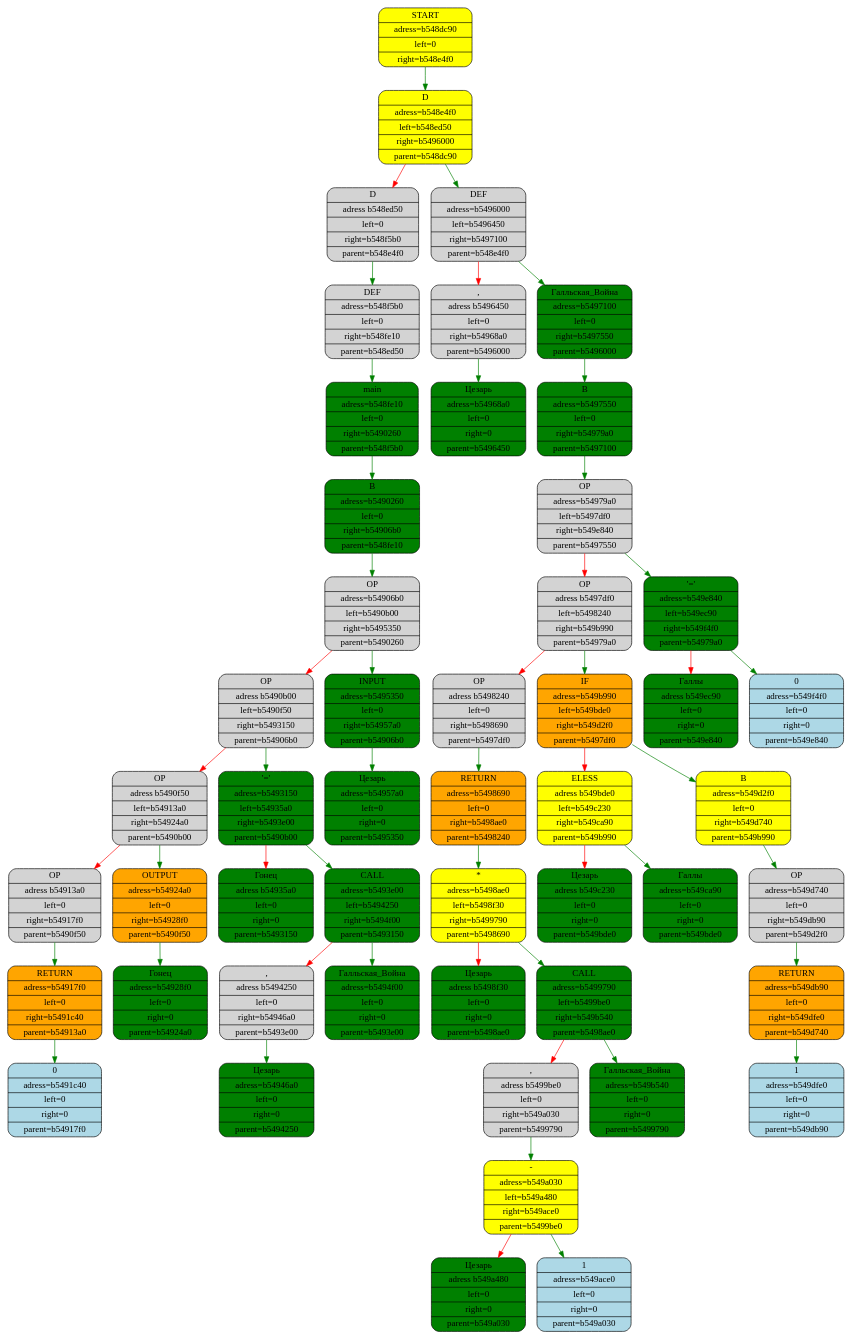
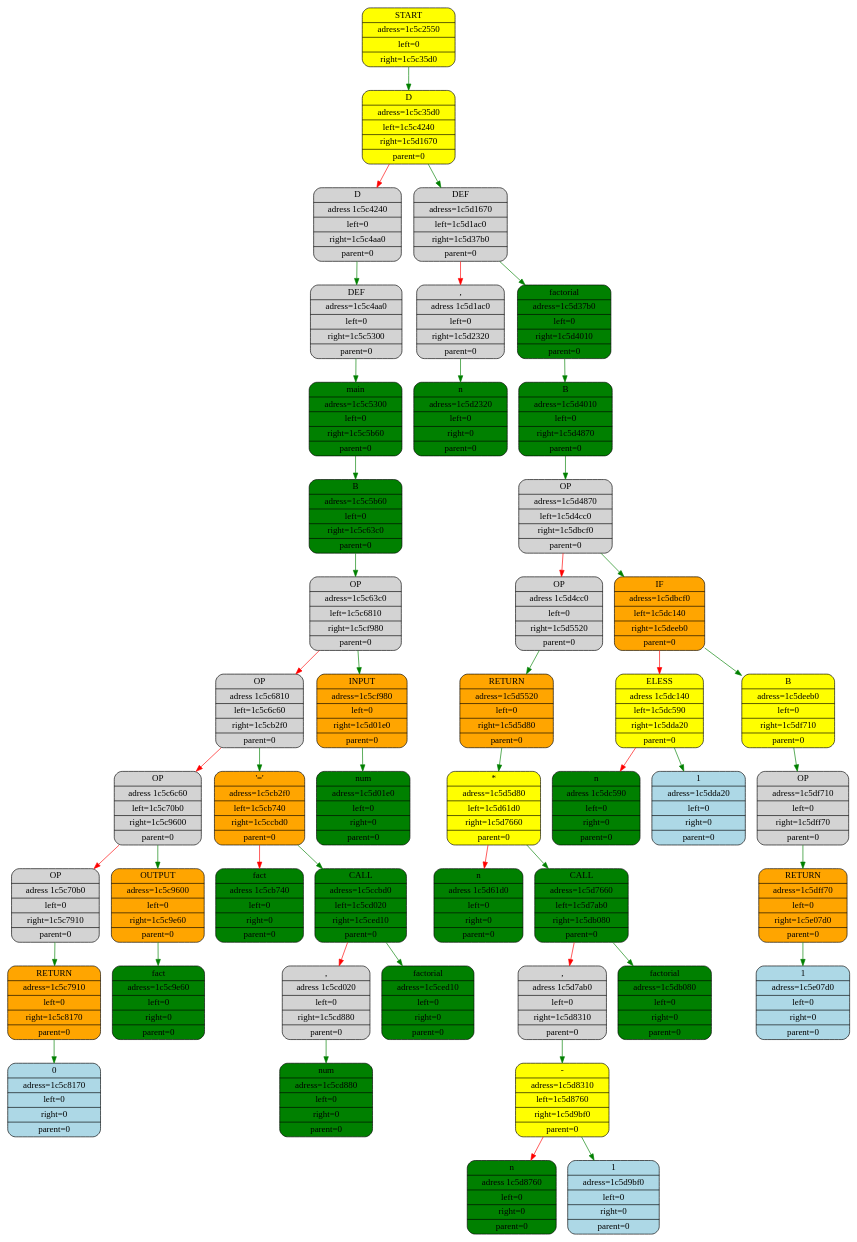
One commit to kostya2709/New_Roman changed the diagram in equation_dump.gv. Above: the diagram before and after it, drawn with Graphviz. The commit also changed 23 other files, not shown here.

```diff
--- a/equation_dump.gv
+++ b/equation_dump.gv
@@ -1,102 +1,94 @@
 digraph First{
 node [shape="Mrecord", style="filled", fillcolor="lightblue"];
-"boxb548dc90" [fillcolor = "yellow",label="{START|adress=b548dc90|left=0|right=b548e4f0}"];
-"boxb548e4f0" [fillcolor="yellow",label="{D|adress=b548e4f0|left=b548ed50|right=b5496000|parent=b548dc90}"];
-"boxb548dc90" -> "boxb548e4f0"[color="green"];
-"boxb548ed50" [fillcolor="",label="{D|adress b548ed50|left=0|right=b548f5b0|parent=b548e4f0}"];
-"boxb548e4f0" -> "boxb548ed50"[color="red"];
-"boxb548f5b0" [fillcolor="",label="{DEF|adress=b548f5b0|left=0|right=b548fe10|parent=b548ed50}"];
-"boxb548ed50" -> "boxb548f5b0"[color="green"];
-"boxb548fe10" [fillcolor="green",label="{main|adress=b548fe10|left=0|right=b5490260|parent=b548f5b0}"];
-"boxb548f5b0" -> "boxb548fe10"[color="green"];
-"boxb5490260" [fillcolor="green",label="{B|adress=b5490260|left=0|right=b54906b0|parent=b548fe10}"];
-"boxb548fe10" -> "boxb5490260"[color="green"];
-"boxb54906b0" [fillcolor="",label="{OP|adress=b54906b0|left=b5490b00|right=b5495350|parent=b5490260}"];
-"boxb5490260" -> "boxb54906b0"[color="green"];
-"boxb5490b00" [fillcolor="",label="{OP|adress b5490b00|left=b5490f50|right=b5493150|parent=b54906b0}"];
-"boxb54906b0" -> "boxb5490b00"[color="red"];
-"boxb5490f50" [fillcolor="",label="{OP|adress b5490f50|left=b54913a0|right=b54924a0|parent=b5490b00}"];
-"boxb5490b00" -> "boxb5490f50"[color="red"];
-"boxb54913a0" [fillcolor="",label="{OP|adress b54913a0|left=0|right=b54917f0|parent=b5490f50}"];
-"boxb5490f50" -> "boxb54913a0"[color="red"];
-"boxb54917f0" [fillcolor="orange",label="{RETURN|adress=b54917f0|left=0|right=b5491c40|parent=b54913a0}"];
-"boxb54913a0" -> "boxb54917f0"[color="green"];
-"boxb5491c40" [label="{0|adress=b5491c40|left=0|right=0|parent=b54917f0}"];
-"boxb54917f0" -> "boxb5491c40"[color="green"];
-"boxb54924a0" [fillcolor="orange",label="{OUTPUT|adress=b54924a0|left=0|right=b54928f0|parent=b5490f50}"];
-"boxb5490f50" -> "boxb54924a0"[color="green"];
-"boxb54928f0" [fillcolor="green",label="{Гонец|adress=b54928f0|left=0|right=0|parent=b54924a0}"];
-"boxb54924a0" -> "boxb54928f0"[color="green"];
-"boxb5493150" [fillcolor="green",label="{'='|adress=b5493150|left=b54935a0|right=b5493e00|parent=b5490b00}"];
-"boxb5490b00" -> "boxb5493150"[color="green"];
-"boxb54935a0" [fillcolor="green",label="{Гонец|adress b54935a0|left=0|right=0|parent=b5493150}"];
-"boxb5493150" -> "boxb54935a0"[color="red"];
-"boxb5493e00" [fillcolor="green",label="{CALL|adress=b5493e00|left=b5494250|right=b5494f00|parent=b5493150}"];
-"boxb5493150" -> "boxb5493e00"[color="green"];
-"boxb5494250" [fillcolor="",label="{,|adress b5494250|left=0|right=b54946a0|parent=b5493e00}"];
-"boxb5493e00" -> "boxb5494250"[color="red"];
-"boxb54946a0" [fillcolor="green",label="{Цезарь|adress=b54946a0|left=0|right=0|parent=b5494250}"];
-"boxb5494250" -> "boxb54946a0"[color="green"];
-"boxb5494f00" [fillcolor="green",label="{Галльская_Война|adress=b5494f00|left=0|right=0|parent=b5493e00}"];
-"boxb5493e00" -> "boxb5494f00"[color="green"];
-"boxb5495350" [fillcolor="green",label="{INPUT|adress=b5495350|left=0|right=b54957a0|parent=b54906b0}"];
-"boxb54906b0" -> "boxb5495350"[color="green"];
-"boxb54957a0" [fillcolor="green",label="{Цезарь|adress=b54957a0|left=0|right=0|parent=b5495350}"];
-"boxb5495350" -> "boxb54957a0"[color="green"];
-"boxb5496000" [fillcolor="",label="{DEF|adress=b5496000|left=b5496450|right=b5497100|parent=b548e4f0}"];
-"boxb548e4f0" -> "boxb5496000"[color="green"];
-"boxb5496450" [fillcolor="",label="{,|adress b5496450|left=0|right=b54968a0|parent=b5496000}"];
-"boxb5496000" -> "boxb5496450"[color="red"];
-"boxb54968a0" [fillcolor="green",label="{Цезарь|adress=b54968a0|left=0|right=0|parent=b5496450}"];
-"boxb5496450" -> "boxb54968a0"[color="green"];
-"boxb5497100" [fillcolor="green",label="{Галльская_Война|adress=b5497100|left=0|right=b5497550|parent=b5496000}"];
-"boxb5496000" -> "boxb5497100"[color="green"];
-"boxb5497550" [fillcolor="green",label="{B|adress=b5497550|left=0|right=b54979a0|parent=b5497100}"];
-"boxb5497100" -> "boxb5497550"[color="green"];
-"boxb54979a0" [fillcolor="",label="{OP|adress=b54979a0|left=b5497df0|right=b549e840|parent=b5497550}"];
-"boxb5497550" -> "boxb54979a0"[color="green"];
-"boxb5497df0" [fillcolor="",label="{OP|adress b5497df0|left=b5498240|right=b549b990|parent=b54979a0}"];
-"boxb54979a0" -> "boxb5497df0"[color="red"];
-"boxb5498240" [fillcolor="",label="{OP|adress b5498240|left=0|right=b5498690|parent=b5497df0}"];
-"boxb5497df0" -> "boxb5498240"[color="red"];
-"boxb5498690" [fillcolor="orange",label="{RETURN|adress=b5498690|left=0|right=b5498ae0|parent=b5498240}"];
-"boxb5498240" -> "boxb5498690"[color="green"];
-"boxb5498ae0" [fillcolor="yellow",label="{*|adress=b5498ae0|left=b5498f30|right=b5499790|parent=b5498690}"];
-"boxb5498690" -> "boxb5498ae0"[color="green"];
-"boxb5498f30" [fillcolor="green",label="{Цезарь|adress b5498f30|left=0|right=0|parent=b5498ae0}"];
-"boxb5498ae0" -> "boxb5498f30"[color="red"];
-"boxb5499790" [fillcolor="green",label="{CALL|adress=b5499790|left=b5499be0|right=b549b540|parent=b5498ae0}"];
-"boxb5498ae0" -> "boxb5499790"[color="green"];
-"boxb5499be0" [fillcolor="",label="{,|adress b5499be0|left=0|right=b549a030|parent=b5499790}"];
-"boxb5499790" -> "boxb5499be0"[color="red"];
-"boxb549a030" [fillcolor="yellow",label="{-|adress=b549a030|left=b549a480|right=b549ace0|parent=b5499be0}"];
-"boxb5499be0" -> "boxb549a030"[color="green"];
-"boxb549a480" [fillcolor="green",label="{Цезарь|adress b549a480|left=0|right=0|parent=b549a030}"];
-"boxb549a030" -> "boxb549a480"[color="red"];
-"boxb549ace0" [label="{1|adress=b549ace0|left=0|right=0|parent=b549a030}"];
-"boxb549a030" -> "boxb549ace0"[color="green"];
-"boxb549b540" [fillcolor="green",label="{Галльская_Война|adress=b549b540|left=0|right=0|parent=b5499790}"];
-"boxb5499790" -> "boxb549b540"[color="green"];
-"boxb549b990" [fillcolor="orange",label="{IF|adress=b549b990|left=b549bde0|right=b549d2f0|parent=b5497df0}"];
-"boxb5497df0" -> "boxb549b990"[color="green"];
-"boxb549bde0" [fillcolor="yellow",label="{ELESS|adress b549bde0|left=b549c230|right=b549ca90|parent=b549b990}"];
-"boxb549b990" -> "boxb549bde0"[color="red"];
-"boxb549c230" [fillcolor="green",label="{Цезарь|adress b549c230|left=0|right=0|parent=b549bde0}"];
-"boxb549bde0" -> "boxb549c230"[color="red"];
-"boxb549ca90" [fillcolor="green",label="{Галлы|adress=b549ca90|left=0|right=0|parent=b549bde0}"];
-"boxb549bde0" -> "boxb549ca90"[color="green"];
-"boxb549d2f0" [fillcolor="yellow",label="{B|adress=b549d2f0|left=0|right=b549d740|parent=b549b990}"];
-"boxb549b990" -> "boxb549d2f0"[color="green"];
-"boxb549d740" [fillcolor="",label="{OP|adress=b549d740|left=0|right=b549db90|parent=b549d2f0}"];
-"boxb549d2f0" -> "boxb549d740"[color="green"];
-"boxb549db90" [fillcolor="orange",label="{RETURN|adress=b549db90|left=0|right=b549dfe0|parent=b549d740}"];
-"boxb549d740" -> "boxb549db90"[color="green"];
-"boxb549dfe0" [label="{1|adress=b549dfe0|left=0|right=0|parent=b549db90}"];
-"boxb549db90" -> "boxb549dfe0"[color="green"];
-"boxb549e840" [fillcolor="green",label="{'='|adress=b549e840|left=b549ec90|right=b549f4f0|parent=b54979a0}"];
-"boxb54979a0" -> "boxb549e840"[color="green"];
-"boxb549ec90" [fillcolor="green",label="{Галлы|adress b549ec90|left=0|right=0|parent=b549e840}"];
-"boxb549e840" -> "boxb549ec90"[color="red"];
-"boxb549f4f0" [label="{0|adress=b549f4f0|left=0|right=0|parent=b549e840}"];
-"boxb549e840" -> "boxb549f4f0"[color="green"];
+"box1c5c2550" [fillcolor = "yellow",label="{START|adress=1c5c2550|left=0|right=1c5c35d0}"];
+"box1c5c35d0" [fillcolor="yellow",label="{D|adress=1c5c35d0|left=1c5c4240|right=1c5d1670|parent=0}"];
+"box1c5c2550" -> "box1c5c35d0"[color="green"];
+"box1c5c4240" [fillcolor="",label="{D|adress 1c5c4240|left=0|right=1c5c4aa0|parent=0}"];
+"box1c5c35d0" -> "box1c5c4240"[color="red"];
+"box1c5c4aa0" [fillcolor="",label="{DEF|adress=1c5c4aa0|left=0|right=1c5c5300|parent=0}"];
+"box1c5c4240" -> "box1c5c4aa0"[color="green"];
+"box1c5c5300" [fillcolor="green",label="{main|adress=1c5c5300|left=0|right=1c5c5b60|parent=0}"];
+"box1c5c4aa0" -> "box1c5c5300"[color="green"];
+"box1c5c5b60" [fillcolor="green",label="{B|adress=1c5c5b60|left=0|right=1c5c63c0|parent=0}"];
+"box1c5c5300" -> "box1c5c5b60"[color="green"];
+"box1c5c63c0" [fillcolor="",label="{OP|adress=1c5c63c0|left=1c5c6810|right=1c5cf980|parent=0}"];
+"box1c5c5b60" -> "box1c5c63c0"[color="green"];
+"box1c5c6810" [fillcolor="",label="{OP|adress 1c5c6810|left=1c5c6c60|right=1c5cb2f0|parent=0}"];
+"box1c5c63c0" -> "box1c5c6810"[color="red"];
+"box1c5c6c60" [fillcolor="",label="{OP|adress 1c5c6c60|left=1c5c70b0|right=1c5c9600|parent=0}"];
+"box1c5c6810" -> "box1c5c6c60"[color="red"];
+"box1c5c70b0" [fillcolor="",label="{OP|adress 1c5c70b0|left=0|right=1c5c7910|parent=0}"];
+"box1c5c6c60" -> "box1c5c70b0"[color="red"];
+"box1c5c7910" [fillcolor="orange",label="{RETURN|adress=1c5c7910|left=0|right=1c5c8170|parent=0}"];
+"box1c5c70b0" -> "box1c5c7910"[color="green"];
+"box1c5c8170" [label="{0|adress=1c5c8170|left=0|right=0|parent=0}"];
+"box1c5c7910" -> "box1c5c8170"[color="green"];
+"box1c5c9600" [fillcolor="orange",label="{OUTPUT|adress=1c5c9600|left=0|right=1c5c9e60|parent=0}"];
+"box1c5c6c60" -> "box1c5c9600"[color="green"];
+"box1c5c9e60" [fillcolor="green",label="{fact|adress=1c5c9e60|left=0|right=0|parent=0}"];
+"box1c5c9600" -> "box1c5c9e60"[color="green"];
+"box1c5cb2f0" [fillcolor="orange",label="{'='|adress=1c5cb2f0|left=1c5cb740|right=1c5ccbd0|parent=0}"];
+"box1c5c6810" -> "box1c5cb2f0"[color="green"];
+"box1c5cb740" [fillcolor="green",label="{fact|adress 1c5cb740|left=0|right=0|parent=0}"];
+"box1c5cb2f0" -> "box1c5cb740"[color="red"];
+"box1c5ccbd0" [fillcolor="green",label="{CALL|adress=1c5ccbd0|left=1c5cd020|right=1c5ced10|parent=0}"];
+"box1c5cb2f0" -> "box1c5ccbd0"[color="green"];
+"box1c5cd020" [fillcolor="",label="{,|adress 1c5cd020|left=0|right=1c5cd880|parent=0}"];
+"box1c5ccbd0" -> "box1c5cd020"[color="red"];
+"box1c5cd880" [fillcolor="green",label="{num|adress=1c5cd880|left=0|right=0|parent=0}"];
+"box1c5cd020" -> "box1c5cd880"[color="green"];
+"box1c5ced10" [fillcolor="green",label="{factorial|adress=1c5ced10|left=0|right=0|parent=0}"];
+"box1c5ccbd0" -> "box1c5ced10"[color="green"];
+"box1c5cf980" [fillcolor="orange",label="{INPUT|adress=1c5cf980|left=0|right=1c5d01e0|parent=0}"];
+"box1c5c63c0" -> "box1c5cf980"[color="green"];
+"box1c5d01e0" [fillcolor="green",label="{num|adress=1c5d01e0|left=0|right=0|parent=0}"];
+"box1c5cf980" -> "box1c5d01e0"[color="green"];
+"box1c5d1670" [fillcolor="",label="{DEF|adress=1c5d1670|left=1c5d1ac0|right=1c5d37b0|parent=0}"];
+"box1c5c35d0" -> "box1c5d1670"[color="green"];
+"box1c5d1ac0" [fillcolor="",label="{,|adress 1c5d1ac0|left=0|right=1c5d2320|parent=0}"];
+"box1c5d1670" -> "box1c5d1ac0"[color="red"];
+"box1c5d2320" [fillcolor="green",label="{n|adress=1c5d2320|left=0|right=0|parent=0}"];
+"box1c5d1ac0" -> "box1c5d2320"[color="green"];
+"box1c5d37b0" [fillcolor="green",label="{factorial|adress=1c5d37b0|left=0|right=1c5d4010|parent=0}"];
+"box1c5d1670" -> "box1c5d37b0"[color="green"];
+"box1c5d4010" [fillcolor="green",label="{B|adress=1c5d4010|left=0|right=1c5d4870|parent=0}"];
+"box1c5d37b0" -> "box1c5d4010"[color="green"];
+"box1c5d4870" [fillcolor="",label="{OP|adress=1c5d4870|left=1c5d4cc0|right=1c5dbcf0|parent=0}"];
+"box1c5d4010" -> "box1c5d4870"[color="green"];
+"box1c5d4cc0" [fillcolor="",label="{OP|adress 1c5d4cc0|left=0|right=1c5d5520|parent=0}"];
+"box1c5d4870" -> "box1c5d4cc0"[color="red"];
+"box1c5d5520" [fillcolor="orange",label="{RETURN|adress=1c5d5520|left=0|right=1c5d5d80|parent=0}"];
+"box1c5d4cc0" -> "box1c5d5520"[color="green"];
+"box1c5d5d80" [fillcolor="yellow",label="{*|adress=1c5d5d80|left=1c5d61d0|right=1c5d7660|parent=0}"];
+"box1c5d5520" -> "box1c5d5d80"[color="green"];
+"box1c5d61d0" [fillcolor="green",label="{n|adress 1c5d61d0|left=0|right=0|parent=0}"];
+"box1c5d5d80" -> "box1c5d61d0"[color="red"];
+"box1c5d7660" [fillcolor="green",label="{CALL|adress=1c5d7660|left=1c5d7ab0|right=1c5db080|parent=0}"];
+"box1c5d5d80" -> "box1c5d7660"[color="green"];
+"box1c5d7ab0" [fillcolor="",label="{,|adress 1c5d7ab0|left=0|right=1c5d8310|parent=0}"];
+"box1c5d7660" -> "box1c5d7ab0"[color="red"];
+"box1c5d8310" [fillcolor="yellow",label="{-|adress=1c5d8310|left=1c5d8760|right=1c5d9bf0|parent=0}"];
+"box1c5d7ab0" -> "box1c5d8310"[color="green"];
+"box1c5d8760" [fillcolor="green",label="{n|adress 1c5d8760|left=0|right=0|parent=0}"];
+"box1c5d8310" -> "box1c5d8760"[color="red"];
+"box1c5d9bf0" [label="{1|adress=1c5d9bf0|left=0|right=0|parent=0}"];
+"box1c5d8310" -> "box1c5d9bf0"[color="green"];
+"box1c5db080" [fillcolor="green",label="{factorial|adress=1c5db080|left=0|right=0|parent=0}"];
+"box1c5d7660" -> "box1c5db080"[color="green"];
+"box1c5dbcf0" [fillcolor="orange",label="{IF|adress=1c5dbcf0|left=1c5dc140|right=1c5deeb0|parent=0}"];
+"box1c5d4870" -> "box1c5dbcf0"[color="green"];
+"box1c5dc140" [fillcolor="yellow",label="{ELESS|adress 1c5dc140|left=1c5dc590|right=1c5dda20|parent=0}"];
+"box1c5dbcf0" -> "box1c5dc140"[color="red"];
+"box1c5dc590" [fillcolor="green",label="{n|adress 1c5dc590|left=0|right=0|parent=0}"];
+"box1c5dc140" -> "box1c5dc590"[color="red"];
+"box1c5dda20" [label="{1|adress=1c5dda20|left=0|right=0|parent=0}"];
+"box1c5dc140" -> "box1c5dda20"[color="green"];
+"box1c5deeb0" [fillcolor="yellow",label="{B|adress=1c5deeb0|left=0|right=1c5df710|parent=0}"];
+"box1c5dbcf0" -> "box1c5deeb0"[color="green"];
+"box1c5df710" [fillcolor="",label="{OP|adress=1c5df710|left=0|right=1c5dff70|parent=0}"];
+"box1c5deeb0" -> "box1c5df710"[color="green"];
+"box1c5dff70" [fillcolor="orange",label="{RETURN|adress=1c5dff70|left=0|right=1c5e07d0|parent=0}"];
+"box1c5df710" -> "box1c5dff70"[color="green"];
+"box1c5e07d0" [label="{1|adress=1c5e07d0|left=0|right=0|parent=0}"];
+"box1c5dff70" -> "box1c5e07d0"[color="green"];
 }
```
